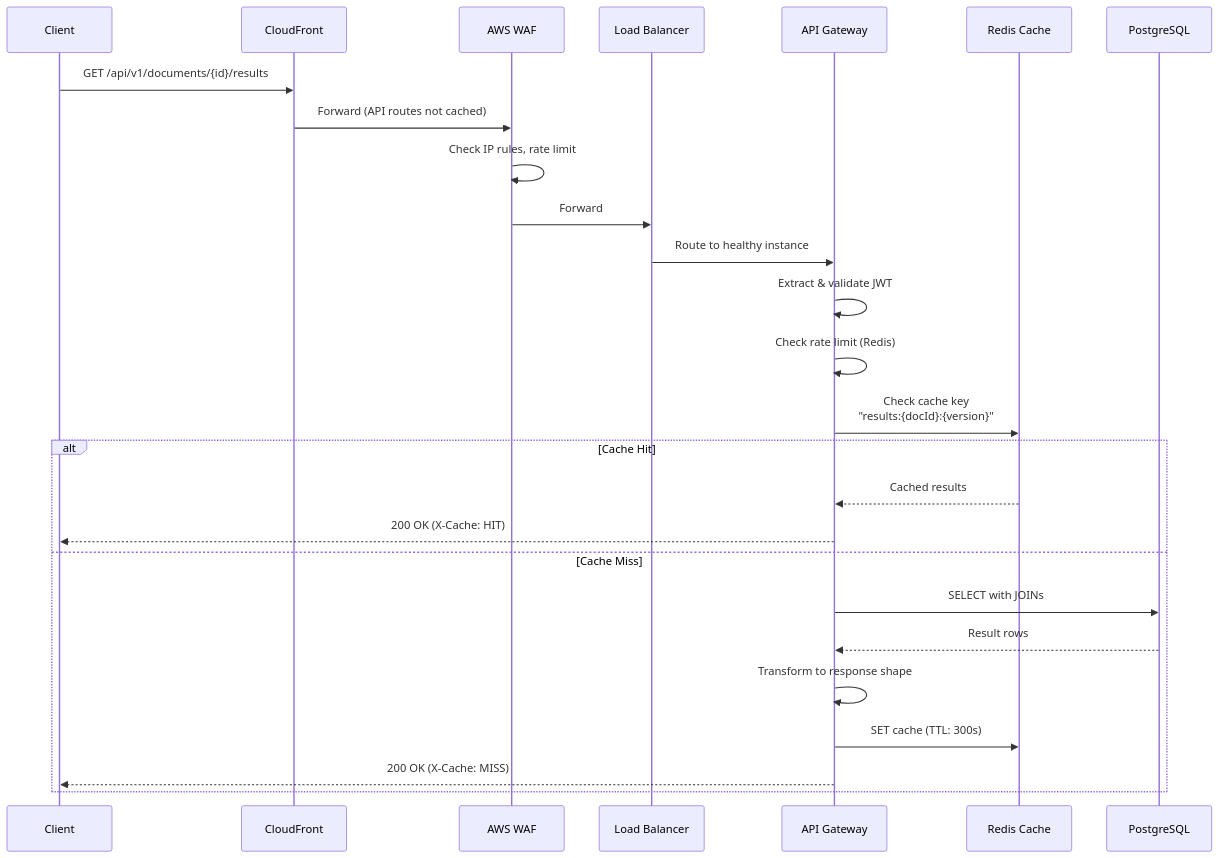
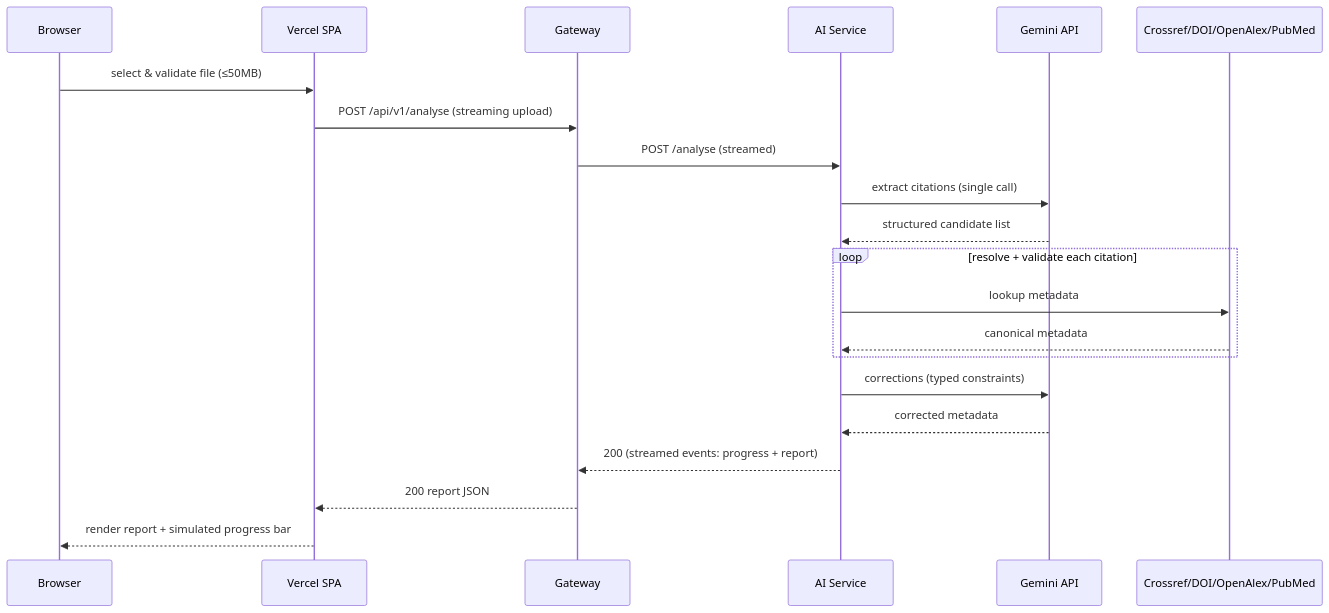
Before and after one commit to Faithmanex/citepilot: the second of 3 diagrams in 03-technical-architecture/10-system-architecture.md, drawn with Mermaid. The commit also changed other lines of this file and 32 other files, not shown here.

Commit message:
docs(truthfulness): align architecture, security, legal, and ops docs with live MVP stack

````diff
--- a/03-technical-architecture/10-system-architecture.md
+++ b/03-technical-architecture/10-system-architecture.md
@@ -309,31 +124,23 @@
 ```mermaid
 sequenceDiagram
-    participant C as Client
-    participant CDN as CloudFront
-    participant WAF as AWS WAF
-    participant ALB as Load Balancer
-    participant GW as API Gateway
-    participant RC as Redis Cache
-    participant DB as PostgreSQL
-
-    C->>CDN: GET /api/v1/documents/{id}/results
-    CDN->>WAF: Forward (API routes not cached)
-    WAF->>WAF: Check IP rules, rate limit
-    WAF->>ALB: Forward
-    ALB->>GW: Route to healthy instance
-
-    GW->>GW: Extract & validate JWT
-    GW->>GW: Check rate limit (Redis)
-    GW->>RC: Check cache key<br/>"results:{docId}:{version}"
-    
-    alt Cache Hit
-        RC-->>GW: Cached results
-        GW-->>C: 200 OK (X-Cache: HIT)
-    else Cache Miss
-        GW->>DB: SELECT with JOINs
-        DB-->>GW: Result rows
-        GW->>GW: Transform to response shape
-        GW->>RC: SET cache (TTL: 300s)
-        GW-->>C: 200 OK (X-Cache: MISS)
+    participant U as Browser
+    participant V as Vercel SPA
+    participant G as Gateway
+    participant AI as AI Service
+    participant GEM as Gemini API
+    participant XR as Crossref/DOI/OpenAlex/PubMed
+    U->>V: select & validate file (≤50MB)
+    V->>G: POST /api/v1/analyse (streaming upload)
+    G->>AI: POST /analyse (streamed)
+    AI->>GEM: extract citations (single call)
+    GEM-->>AI: structured candidate list
+    loop resolve + validate each citation
+        AI->>XR: lookup metadata
+        XR-->>AI: canonical metadata
     end
+    AI->>GEM: corrections (typed constraints)
+    GEM-->>AI: corrected metadata
+    AI-->>G: 200 (streamed events: progress + report)
+    G-->>V: 200 report JSON
+    V-->>U: render report + simulated progress bar
 ```
````
